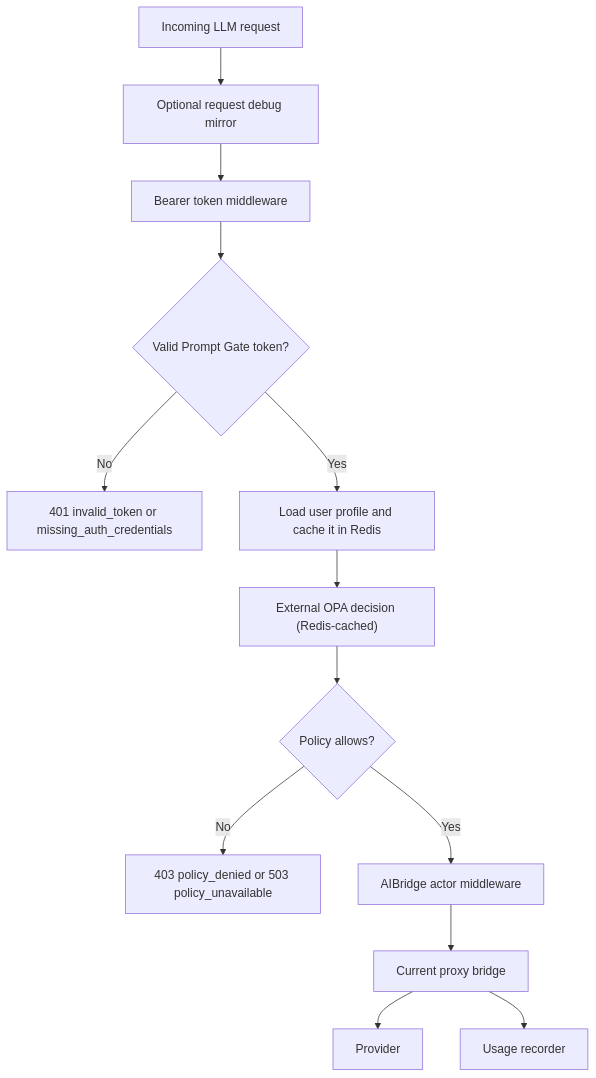
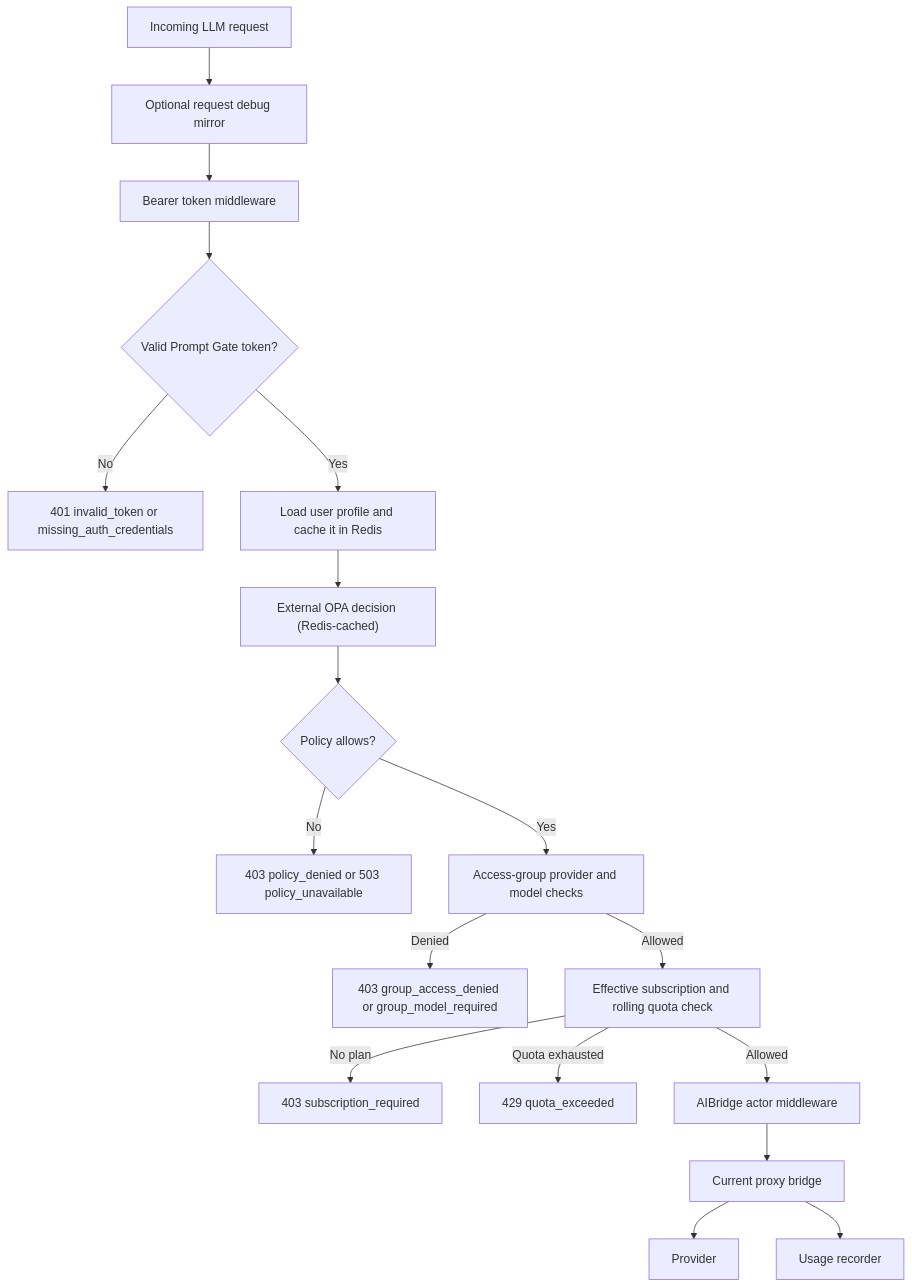
One commit to thomas-illiet/prompt-gate changed the diagram in docs/proxy.md. Above: the diagram before and after it, drawn with Mermaid. The commit also changed other lines of this file and 28 other files, not shown here.

````diff
--- a/docs/proxy.md
+++ b/docs/proxy.md
@@ -18,15 +18,20 @@
 ```mermaid
 flowchart TD
     A["Incoming LLM request"] --> Z["Optional request debug mirror"]
     Z --> B["Bearer token middleware"]
     B --> C{"Valid Prompt Gate token?"}
     C -->|No| D["401 invalid_token or missing_auth_credentials"]
     C -->|Yes| E["Load user profile and cache it in Redis"]
     E --> F["External OPA decision (Redis-cached)"]
     F --> G{"Policy allows?"}
     G -->|No| H["403 policy_denied or 503 policy_unavailable"]
-    G -->|Yes| I["AIBridge actor middleware"]
-    I --> J["Current proxy bridge"]
-    J --> K["Provider"]
-    J --> L["Usage recorder"]
+    G -->|Yes| I["Access-group provider and model checks"]
+    I -->|Denied| I2["403 group_access_denied or group_model_required"]
+    I -->|Allowed| J["Effective subscription and rolling quota check"]
+    J -->|No plan| J2["403 subscription_required"]
+    J -->|Quota exhausted| J3["429 quota_exceeded"]
+    J -->|Allowed| K["AIBridge actor middleware"]
+    K --> L["Current proxy bridge"]
+    L --> M["Provider"]
+    L --> N["Usage recorder"]
 ```
````
